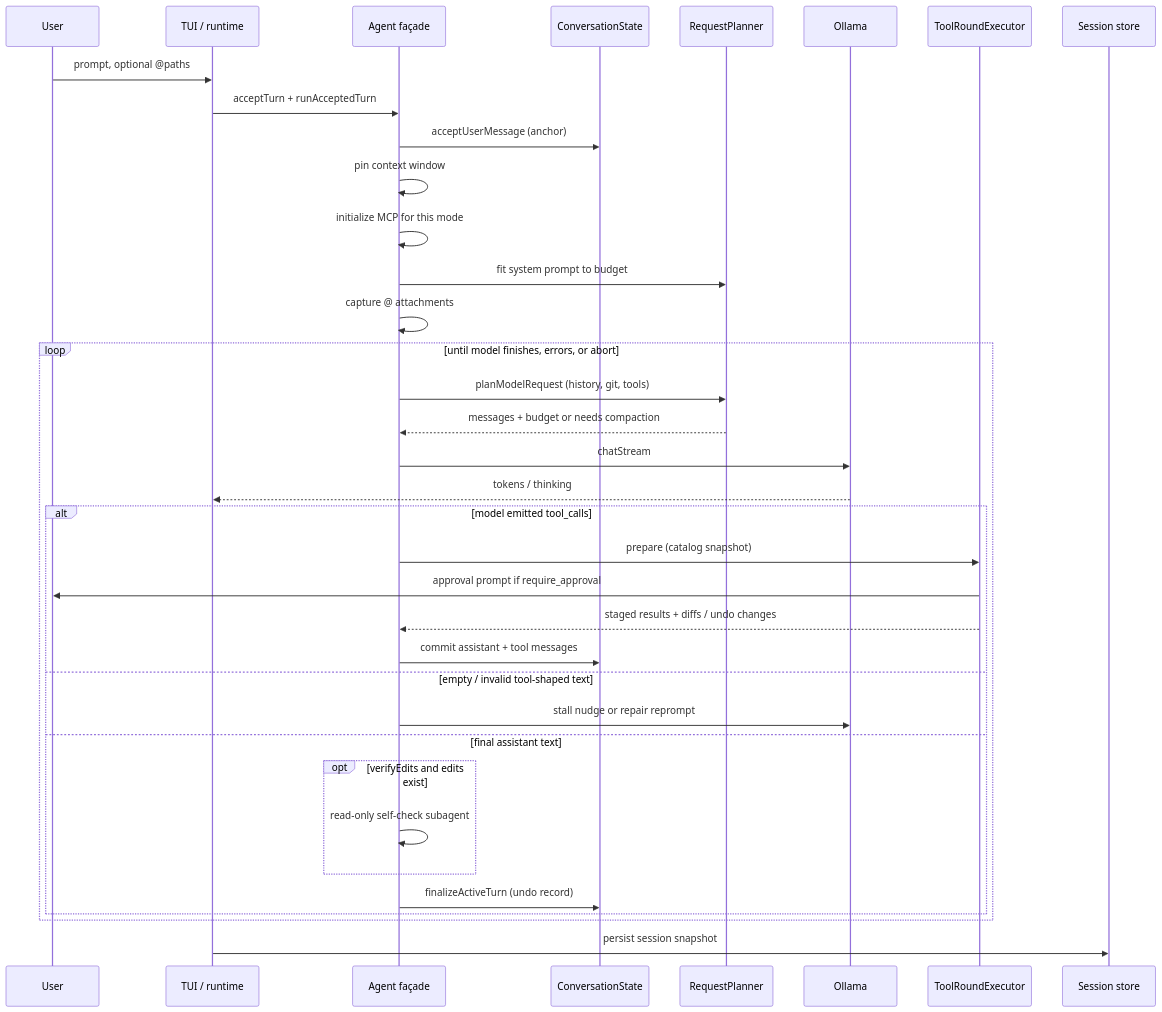
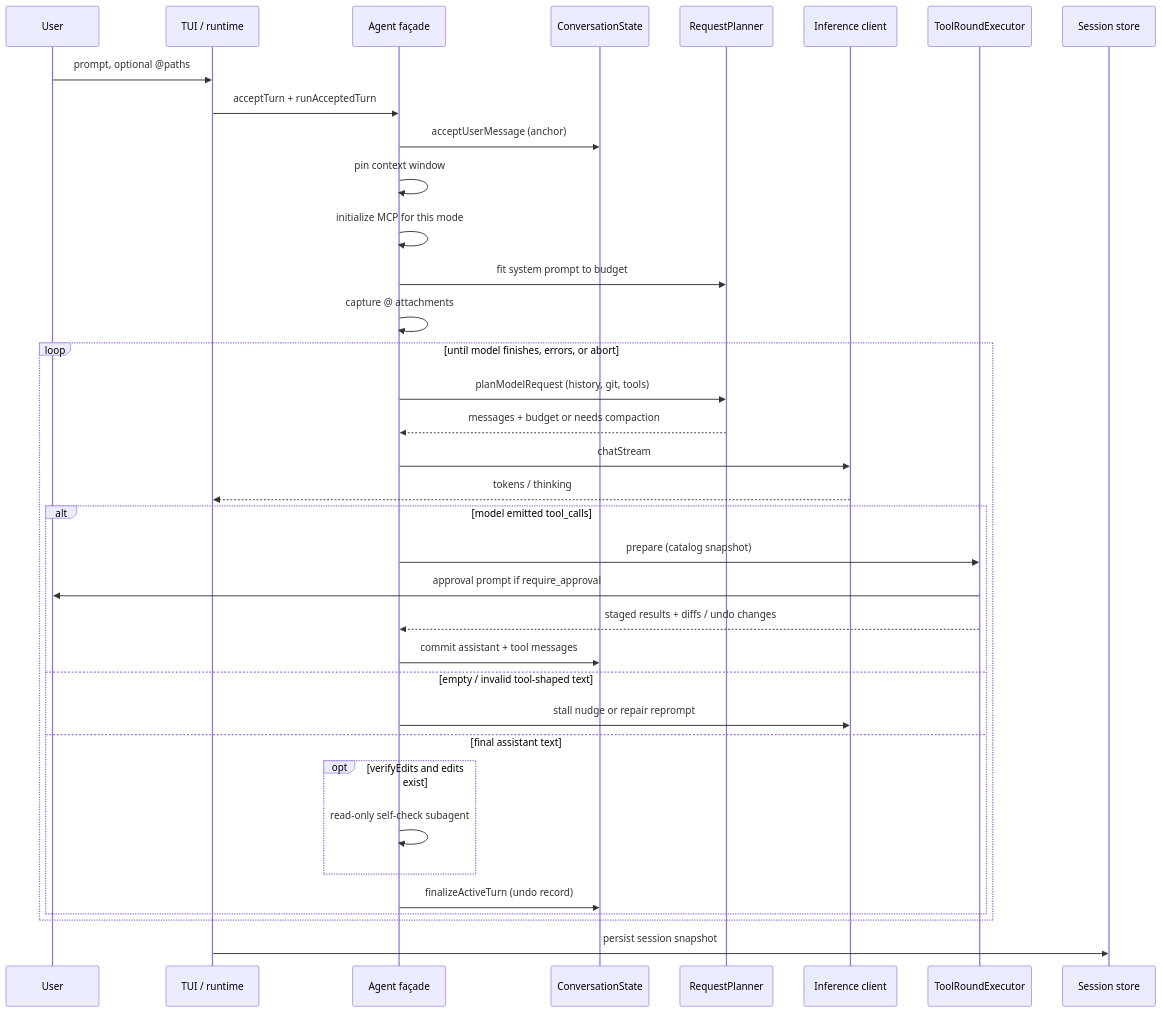
Before and after one commit to ggfincke/coral: the second of 5 diagrams in docs/architecture.md, drawn with Mermaid. The commit also changed other lines of this file and 52 other files, not shown here.

````diff
--- a/docs/architecture.md
+++ b/docs/architecture.md
@@ -185,39 +192,39 @@
 ```mermaid
 sequenceDiagram
   participant User
   participant App as TUI / runtime
   participant Agent as Agent façade
   participant State as ConversationState
   participant Planner as RequestPlanner
-  participant Ollama
+  participant Model as Inference client
   participant Round as ToolRoundExecutor
   participant Store as Session store
 
   User->>App: prompt, optional @paths
   App->>Agent: acceptTurn + runAcceptedTurn
   Agent->>State: acceptUserMessage (anchor)
   Agent->>Agent: pin context window
   Agent->>Agent: initialize MCP for this mode
   Agent->>Planner: fit system prompt to budget
   Agent->>Agent: capture @ attachments
   loop until model finishes, errors, or abort
     Agent->>Planner: planModelRequest (history, git, tools)
     Planner-->>Agent: messages + budget or needs compaction
-    Agent->>Ollama: chatStream
-    Ollama-->>App: tokens / thinking
+    Agent->>Model: chatStream
+    Model-->>App: tokens / thinking
     alt model emitted tool_calls
       Agent->>Round: prepare (catalog snapshot)
       Round->>User: approval prompt if require_approval
       Round-->>Agent: staged results + diffs / undo changes
       Agent->>State: commit assistant + tool messages
     else empty / invalid tool-shaped text
-      Agent->>Ollama: stall nudge or repair reprompt
+      Agent->>Model: stall nudge or repair reprompt
     else final assistant text
       opt verifyEdits and edits exist
         Agent->>Agent: read-only self-check subagent
       end
       Agent->>State: finalizeActiveTurn (undo record)
     end
   end
   App->>Store: persist session snapshot
 ```
````
